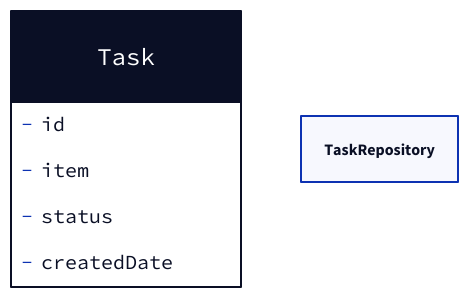
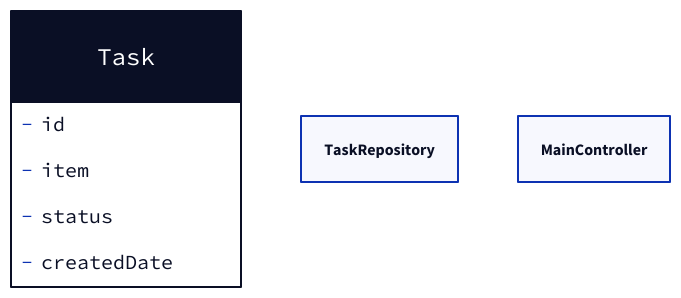
One commit to soljeong/todolist changed the diagram in class.d2. Above: the diagram before and after it, drawn with D2. The commit also changed 4 other files, not shown here.

```diff
--- a/class.d2
+++ b/class.d2
@@ -1,10 +1,14 @@
 Task {
     shape : class
 
     -id
     -item
     -status
     -createdDate
 }
 
 TaskRepository
+
+MainController {
+    
+}
```
